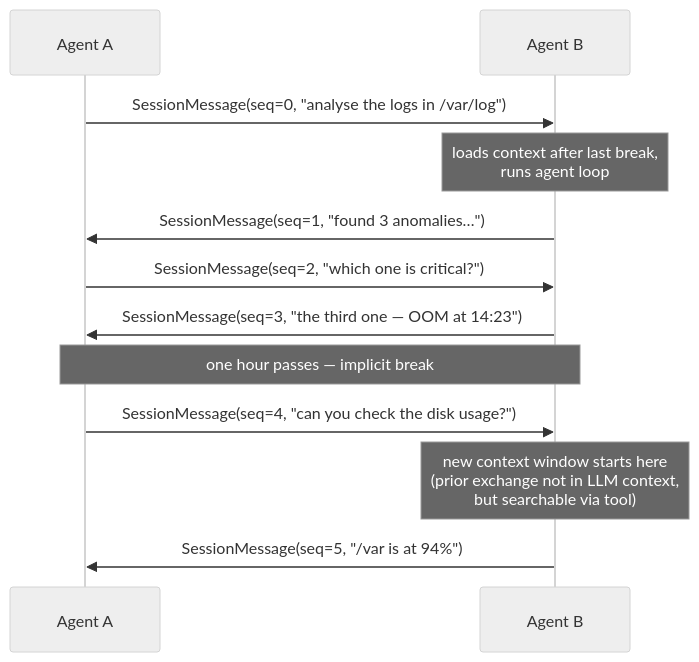
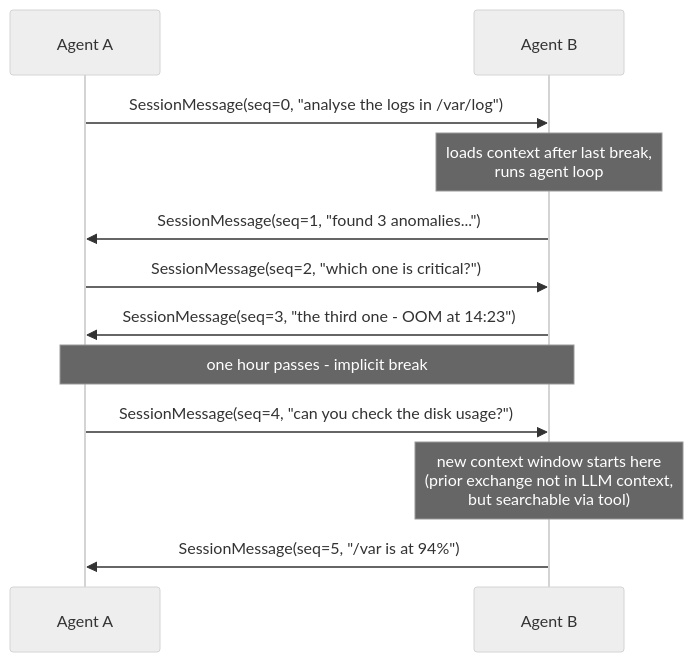
One commit to swedishembedded/sven changed the first of 2 diagrams in docs/09-collaboration.md. Above: the diagram before and after it, drawn with Mermaid (neutral theme). The commit also changed other lines of this file and 220 other files, not shown here.

````diff
--- a/docs/09-collaboration.md
+++ b/docs/09-collaboration.md
@@ -81,18 +81,18 @@
 ```mermaid
 sequenceDiagram
     participant A as Agent A
     participant B as Agent B
 
     A->>B: SessionMessage(seq=0, "analyse the logs in /var/log")
     Note over B: loads context after last break,<br/>runs agent loop
-    B->>A: SessionMessage(seq=1, "found 3 anomalies…")
+    B->>A: SessionMessage(seq=1, "found 3 anomalies...")
 
     A->>B: SessionMessage(seq=2, "which one is critical?")
-    B->>A: SessionMessage(seq=3, "the third one — OOM at 14:23")
+    B->>A: SessionMessage(seq=3, "the third one - OOM at 14:23")
 
-    Note over A,B: one hour passes — implicit break
+    Note over A,B: one hour passes - implicit break
 
     A->>B: SessionMessage(seq=4, "can you check the disk usage?")
     Note over B: new context window starts here<br/>(prior exchange not in LLM context,<br/>but searchable via tool)
     B->>A: SessionMessage(seq=5, "/var is at 94%")
 ```
````
